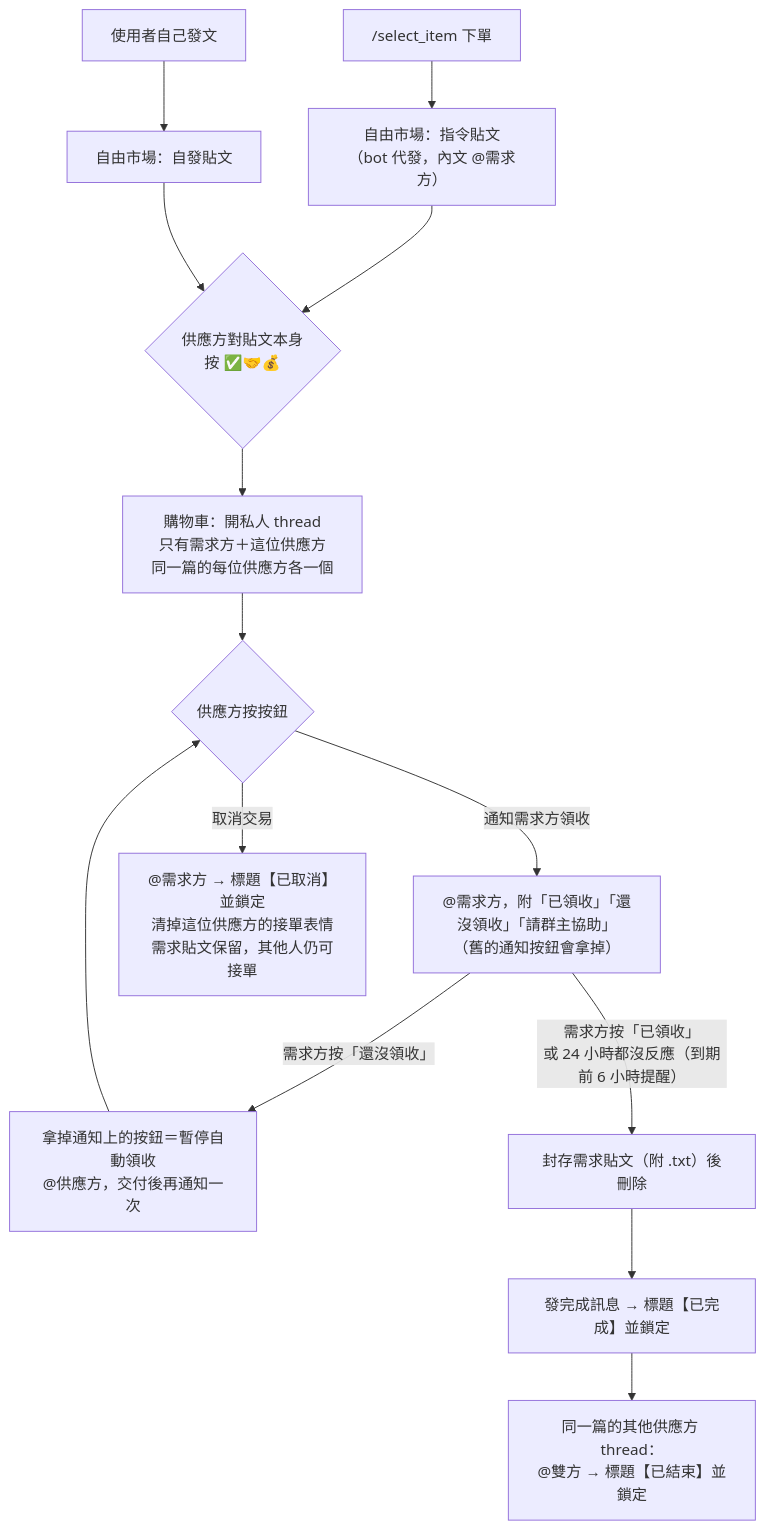
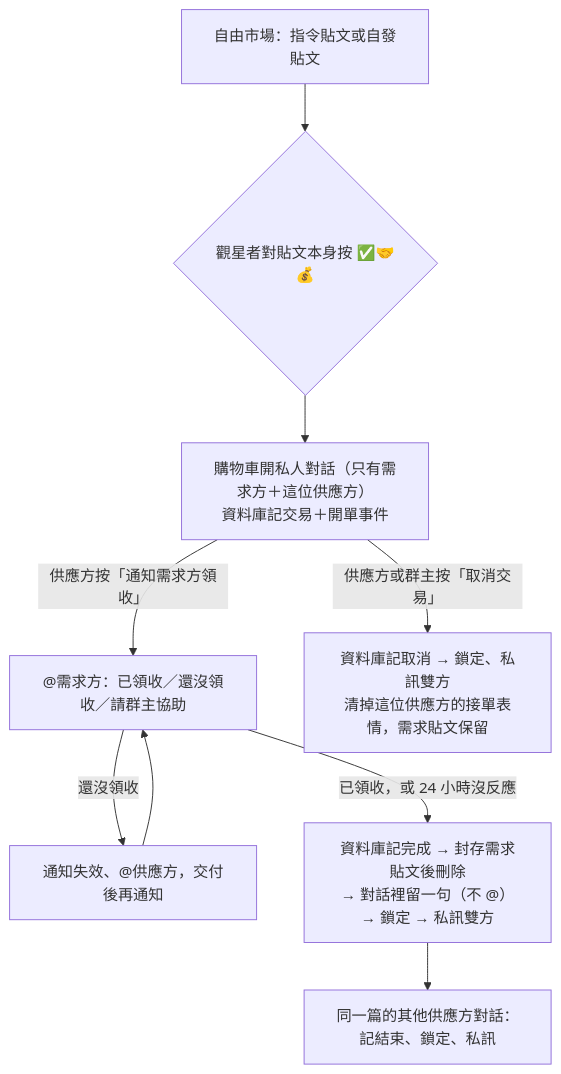
Before and after one commit to jjasoncool/Discord-Bot: the first of 2 diagrams in TRADE_FLOW.md, drawn with Mermaid. The commit also changed other lines of this file and 3 other files, not shown here.

First line of the commit message:
docs: rewrite the trade flow and list the market components

````diff
--- a/TRADE_FLOW.md
+++ b/TRADE_FLOW.md
@@ -55,16 +78,11 @@
 ```mermaid
 flowchart TD
-  A["/select_item 下單"] --> P["自由市場：指令貼文<br/>（bot 代發，內文 @需求方）"]
-  U["使用者自己發文"] --> P2["自由市場：自發貼文"]
-  P --> R{"供應方對貼文本身<br/>按 ✅🤝💰"}
-  P2 --> R
-  R --> T["購物車：開私人 thread<br/>只有需求方＋這位供應方<br/>同一篇的每位供應方各一個"]
-  T --> N{"供應方按按鈕"}
-  N -->|"通知需求方領收"| W["@需求方，附「已領收」「還沒領收」「請群主協助」<br/>（舊的通知按鈕會拿掉）"]
-  W -->|"需求方按「還沒領收」"| H["拿掉通知上的按鈕＝暫停自動領收<br/>@供應方，交付後再通知一次"]
-  H --> N
-  N -->|"取消交易"| X["@需求方 → 標題【已取消】並鎖定<br/>清掉這位供應方的接單表情<br/>需求貼文保留，其他人仍可接單"]
-  W -->|"需求方按「已領收」<br/>或 24 小時都沒反應（到期前 6 小時提醒）"| C["封存需求貼文（附 .txt）後刪除"]
-  C --> D["發完成訊息 → 標題【已完成】並鎖定"]
-  D --> E["同一篇的其他供應方 thread：<br/>@雙方 → 標題【已結束】並鎖定"]
+  P["自由市場：指令貼文或自發貼文"] --> R{"觀星者對貼文本身按 ✅🤝💰"}
+  R --> T["購物車開私人對話（只有需求方＋這位供應方）<br/>資料庫記交易＋開單事件"]
+  T -->|"供應方按「通知需求方領收」"| W["@需求方：已領收／還沒領收／請群主協助"]
+  W -->|"還沒領收"| H["通知失效、@供應方，交付後再通知"]
+  H --> W
+  W -->|"已領收，或 24 小時沒反應"| C["資料庫記完成 → 封存需求貼文後刪除<br/>→ 對話裡留一句（不 @）→ 鎖定 → 私訊雙方"]
+  C --> E["同一篇的其他供應方對話：記結束、鎖定、私訊"]
+  T -->|"供應方或群主按「取消交易」"| X["資料庫記取消 → 鎖定、私訊雙方<br/>清掉這位供應方的接單表情，需求貼文保留"]
 ```
````
